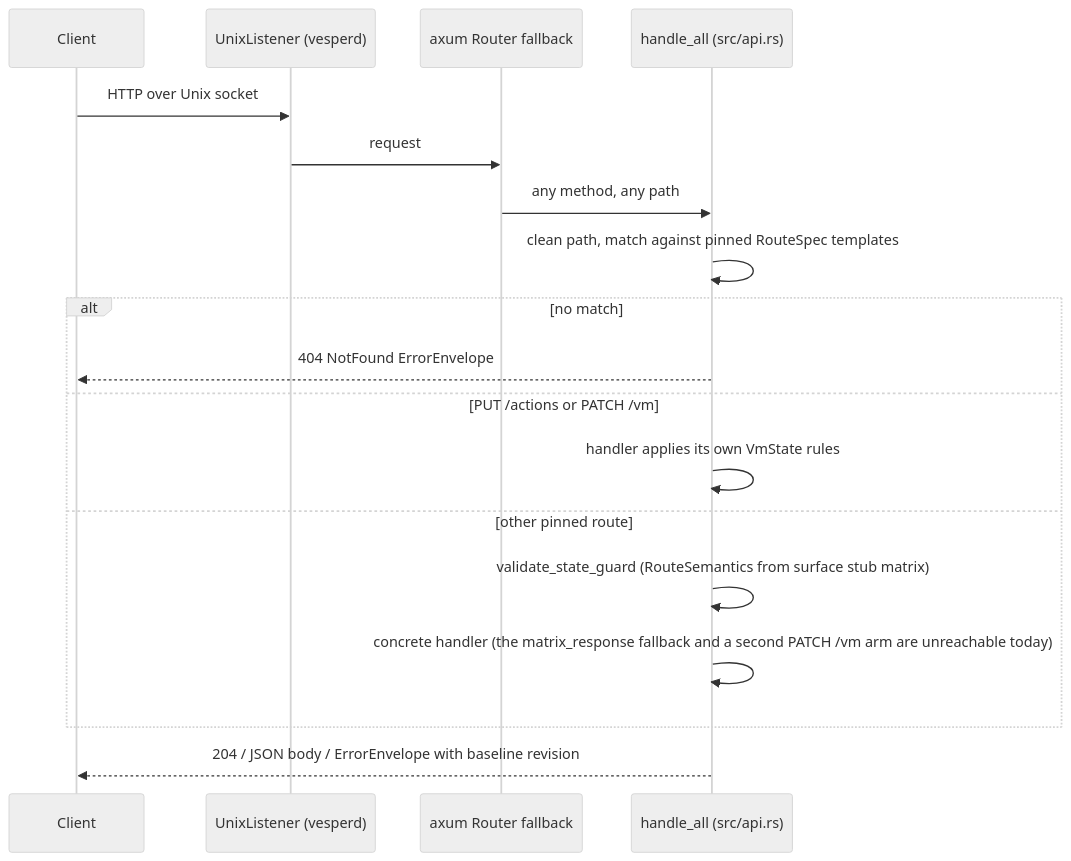
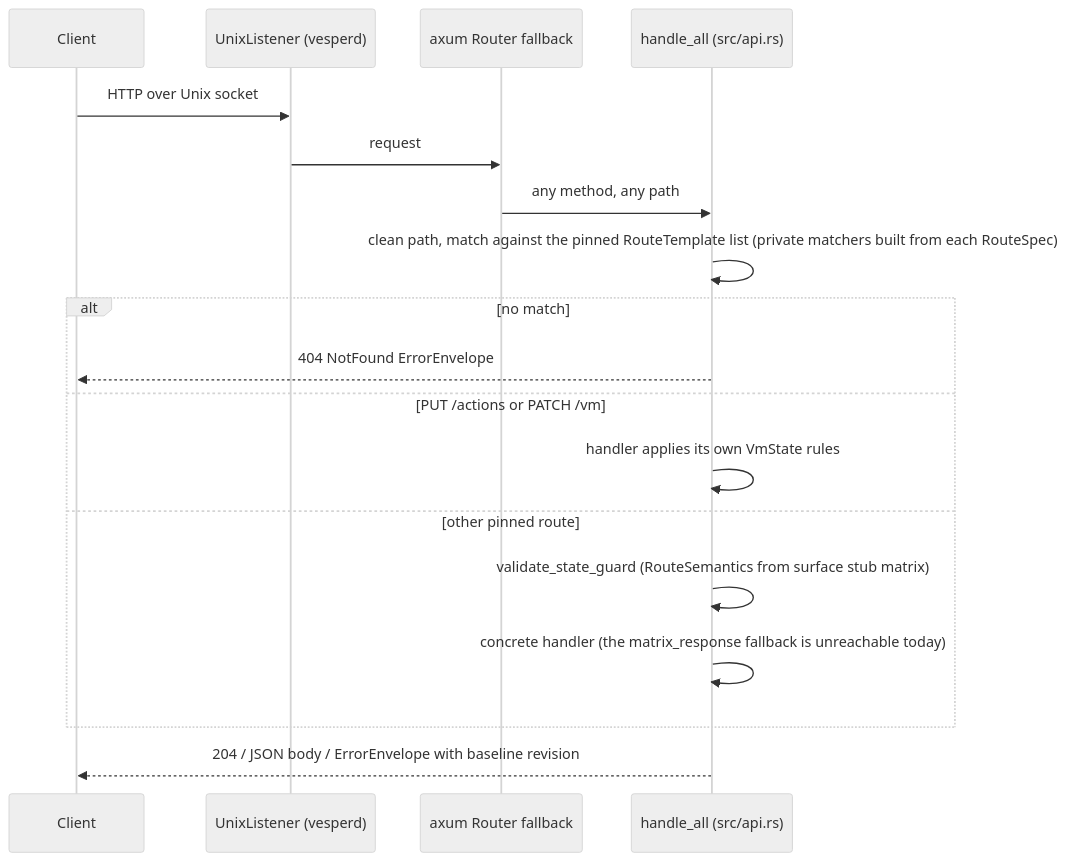
Before and after one commit to cityhunteur/vesper: the third of 3 diagrams in ARCHITECTURE.md, drawn with Mermaid (neutral theme). The commit also changed other lines of this file and 1 other file, not shown here.

First line of the commit message:
docs(architecture): sharpen ARCHITECTURE.md through four Goldfish review rounds

````diff
--- a/ARCHITECTURE.md
+++ b/ARCHITECTURE.md
@@ -110,20 +181,20 @@
 ```mermaid
 sequenceDiagram
   participant C as Client
   participant L as UnixListener (vesperd)
   participant R as axum Router fallback
   participant H as handle_all (src/api.rs)
   C->>L: HTTP over Unix socket
   L->>R: request
   R->>H: any method, any path
-  H->>H: clean path, match against pinned RouteSpec templates
+  H->>H: clean path, match against the pinned RouteTemplate list (private matchers built from each RouteSpec)
   alt no match
     H-->>C: 404 NotFound ErrorEnvelope
   else PUT /actions or PATCH /vm
     H->>H: handler applies its own VmState rules
   else other pinned route
     H->>H: validate_state_guard (RouteSemantics from surface stub matrix)
-    H->>H: concrete handler (the matrix_response fallback and a second PATCH /vm arm are unreachable today)
+    H->>H: concrete handler (the matrix_response fallback is unreachable today)
   end
   H-->>C: 204 / JSON body / ErrorEnvelope with baseline revision
 ```
````
